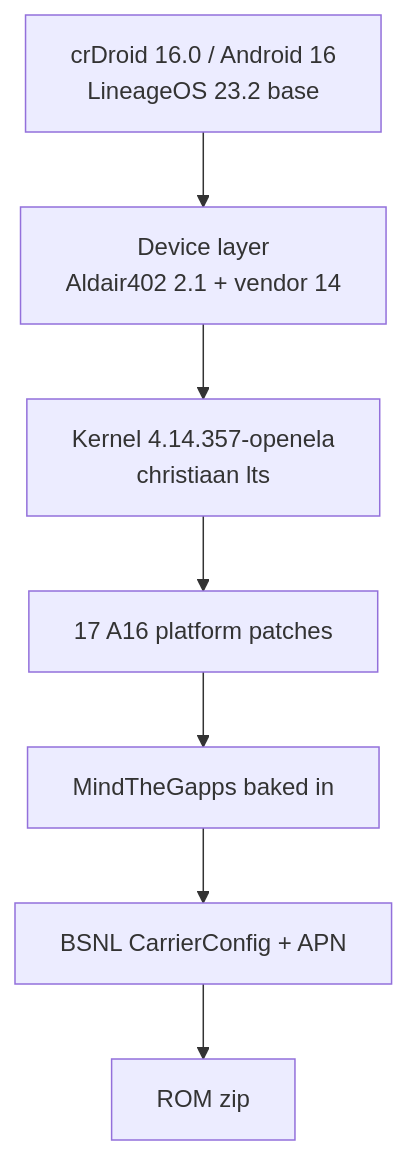
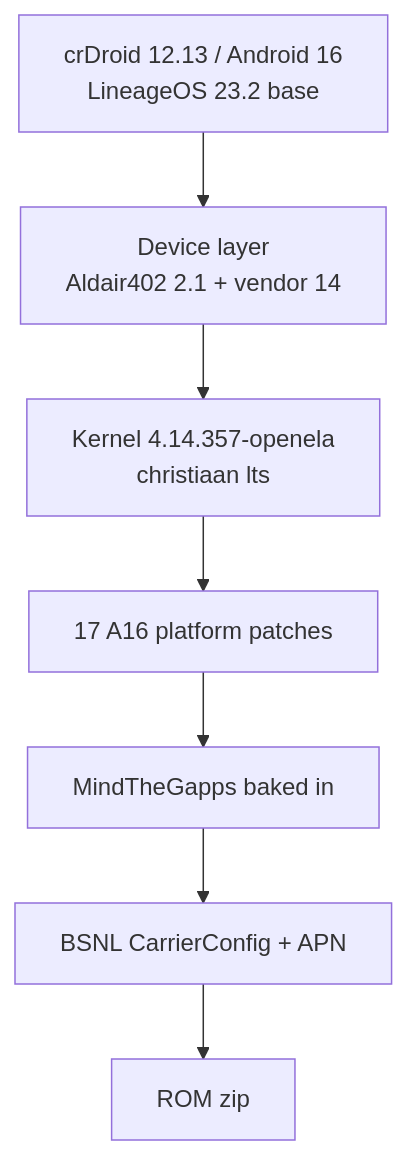
One commit to ishwar-chandra/amogus_doha_custom_rom changed the diagram in docs/ARCHITECTURE.md. Above: the diagram before and after it, drawn with Mermaid. The commit also changed 8 other files, not shown here.

Commit message:
16: correct crDroid version label to 12.13 (Android 16)

````diff
--- a/docs/ARCHITECTURE.md
+++ b/docs/ARCHITECTURE.md
@@ -5,9 +5,9 @@
 ```mermaid
 flowchart TD
-  A[crDroid 16.0 / Android 16<br/>LineageOS 23.2 base] --> B[Device layer<br/>Aldair402 2.1 + vendor 14]
+  A[crDroid 12.13 / Android 16<br/>LineageOS 23.2 base] --> B[Device layer<br/>Aldair402 2.1 + vendor 14]
   B --> C[Kernel 4.14.357-openela<br/>christiaan lts]
   C --> D[17 A16 platform patches]
   D --> E[MindTheGapps baked in]
   E --> F[BSNL CarrierConfig + APN]
   F --> G[ROM zip]
 ```
````
